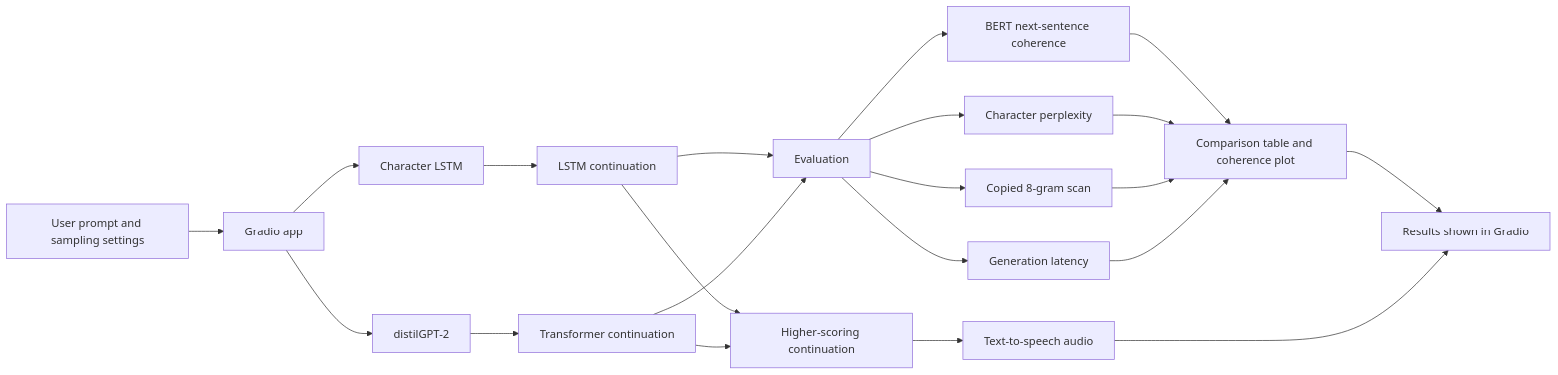
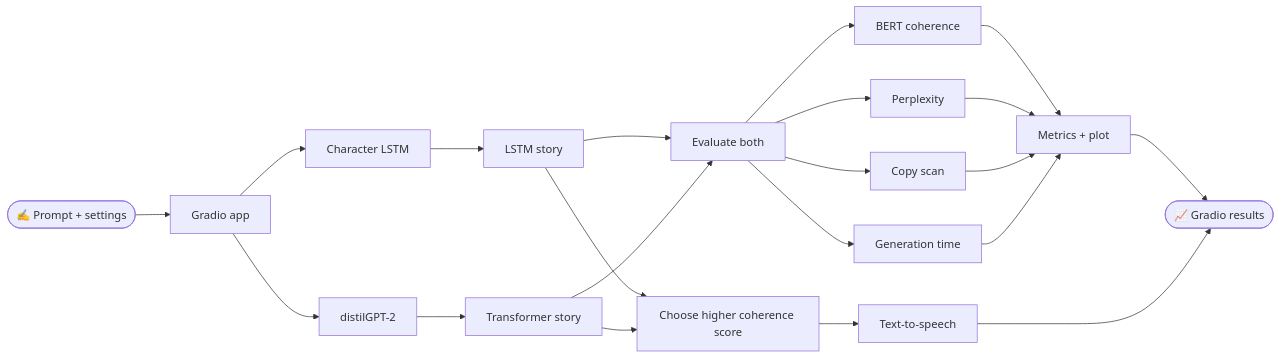
Before and after one commit to atharvgawali23/LSTM-vs-Transformer-Story-Coherence-Test: the diagram in README.md, drawn with Mermaid. The commit also changed other lines of this file and 1 other file, not shown here.

````diff
--- a/README.md
+++ b/README.md
@@ -17,23 +40,23 @@
 ```mermaid
 flowchart LR
-    U[User prompt and sampling settings] --> A[Gradio app]
+    U([✍️ Prompt + settings]) --> A[Gradio app]
     A --> L[Character LSTM]
     A --> G[distilGPT-2]
-    L --> SL[LSTM continuation]
-    G --> SG[Transformer continuation]
-    SL --> E[Evaluation]
+    L --> SL[LSTM story]
+    G --> SG[Transformer story]
+    SL --> E[Evaluate both]
     SG --> E
-    E --> NSP[BERT next-sentence coherence]
-    E --> P[Character perplexity]
-    E --> M[Copied 8-gram scan]
-    E --> T[Generation latency]
-    NSP --> R[Comparison table and coherence plot]
+    E --> N[BERT coherence]
+    E --> P[Perplexity]
+    E --> M[Copy scan]
+    E --> T[Generation time]
+    N --> R[Metrics + plot]
     P --> R
     M --> R
     T --> R
-    SL --> W[Higher-scoring continuation]
+    SL --> W[Choose higher coherence score]
     SG --> W
-    W --> V[Text-to-speech audio]
-    R --> O[Results shown in Gradio]
+    W --> V[Text-to-speech]
+    R --> O([📈 Gradio results])
     V --> O
 ```
````
